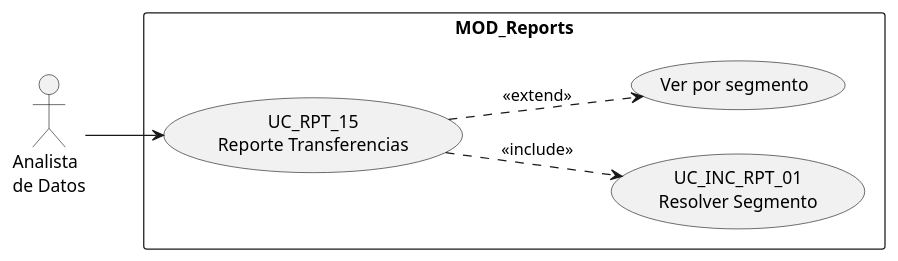
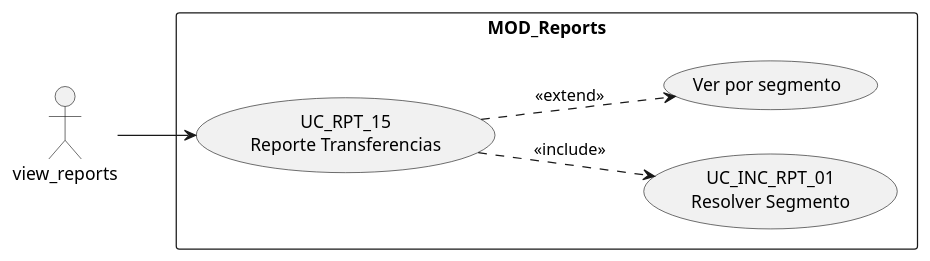
One commit to jcg-admin/IACT-docs changed the first of 3 diagrams in source/requisitos/casos-uso/reports/uc-rpt-15/diagramas-uml.rst. Above: the diagram before and after it, drawn with PlantUML. The commit also changed 77 other files, not shown here.

First line of the commit message:
Enforce RBAC function names as actors in all UML diagrams

```diff
--- a/source/requisitos/casos-uso/reports/uc-rpt-15/diagramas-uml.rst
+++ b/source/requisitos/casos-uso/reports/uc-rpt-15/diagramas-uml.rst
@@ -10,14 +10,14 @@
 .. uml::
 
  @startuml
  left to right direction
- actor "Analista\nde Datos" as USR
+ actor "view_reports" as USR
  rectangle "MOD_Reports" {
    usecase "UC_INC_RPT_01\nResolver Segmento" as INC
    usecase "UC_RPT_15\nReporte Transferencias" as UC15
    usecase "Ver por segmento" as SEG
  }
  USR --> UC15
  UC15 ..> INC : <<include>>
  UC15 ..> SEG : <<extend>>
  @enduml
```
